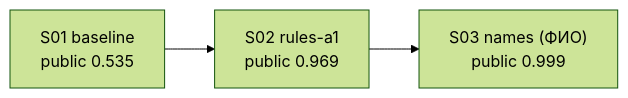
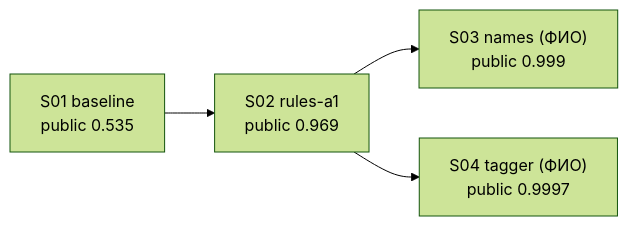
The diagram in docs/evolution.md (polinamiroshnichenko/masking-arena), drawn with Mermaid (forest theme) before and after one commit. The commit also changed other lines of this file and 22 other files, not shown here.

First line of the commit message:
ЧП2: S04 (обучаемый теггер ФИО) — public 0.9997, но на реальных документах precision 0.593

````diff
--- a/docs/evolution.md
+++ b/docs/evolution.md
@@ -41,5 +42,6 @@
 ```mermaid
 graph LR
   S01["S01 baseline<br/>public 0.535"] --> S02["S02 rules-a1<br/>public 0.969"]
   S02 --> S03["S03 names (ФИО)<br/>public 0.999"]
+  S02 --> S04["S04 tagger (ФИО)<br/>public 0.9997"]
 ```
````
